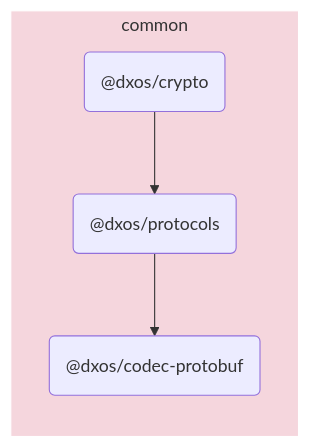
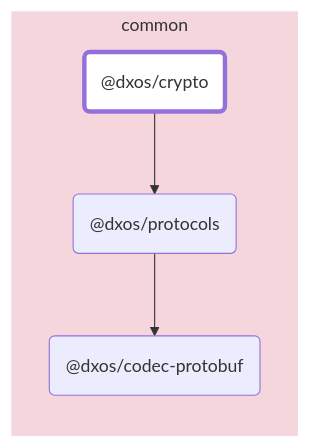
Before and after one commit to dxos/dxos: the diagram in packages/common/crypto/docs/README.md, drawn with Mermaid. The commit also changed other lines of this file and 88 other files, not shown here.

````diff
--- a/packages/common/crypto/docs/README.md
+++ b/packages/common/crypto/docs/README.md
@@ -5,13 +7,18 @@
 ```mermaid
 flowchart LR;
+
+style dxos/crypto fill:#fff,stroke-width:4px;
+
+click dxos/protocols "https:/github.com/dxos/dxos/tree/main/packages/common/protocols/docs";
+click dxos/codec-protobuf "https:/github.com/dxos/dxos/tree/main/packages/common/codec-protobuf/docs";
 
 subgraph common
   style common fill:#f5d6dd,stroke:#fff;
   dxos/crypto("@dxos/crypto");
   dxos/protocols("@dxos/protocols");
   dxos/codec-protobuf("@dxos/codec-protobuf");
 end
 
 dxos/crypto --> dxos/protocols;
 dxos/protocols --> dxos/codec-protobuf;
 ```
````
